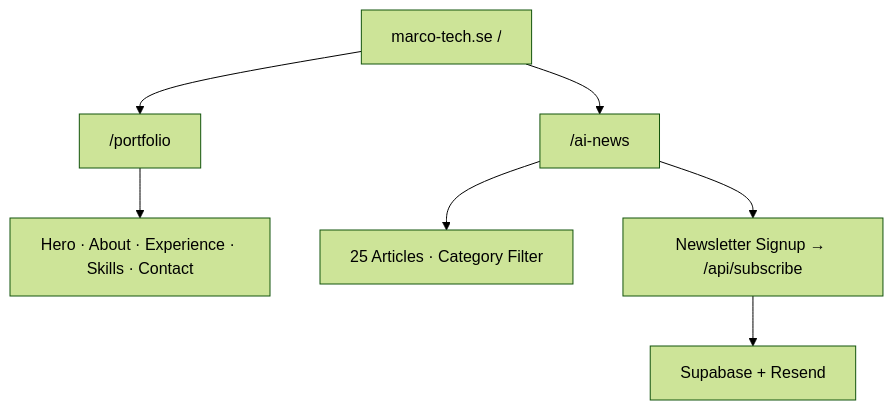
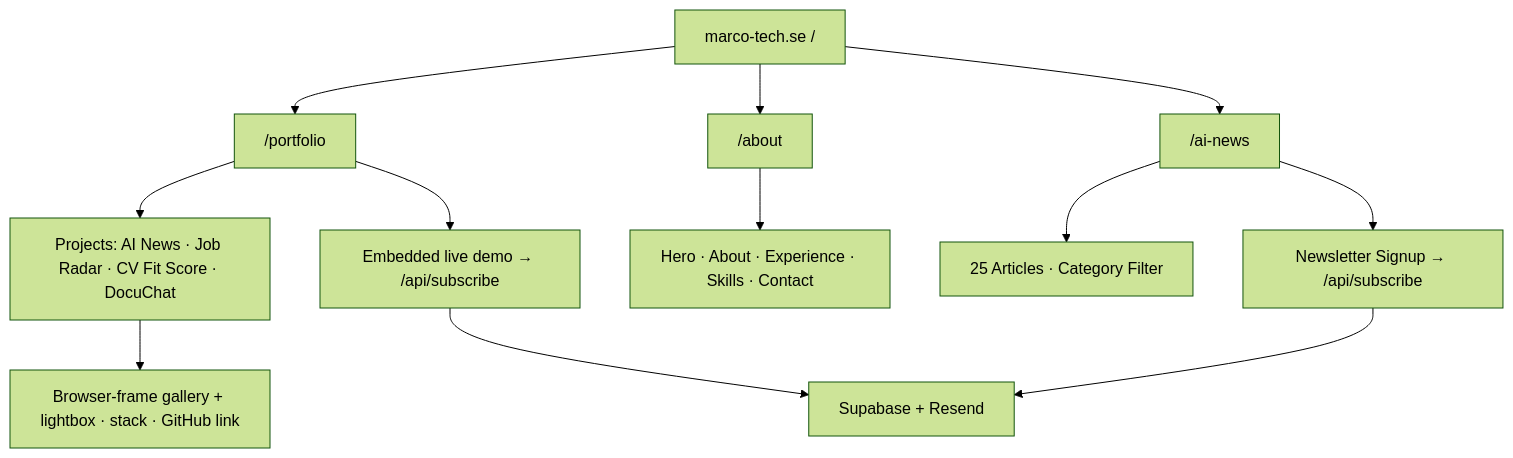
Before and after one commit to Marco-Lundh/marcolundh: the first of 3 diagrams in README.md, drawn with Mermaid (forest theme). The commit also changed other lines of this file and 30 other files, not shown here.

First line of the commit message:
feat: restructure into Portfolio (projects) and About/CV

````diff
--- a/README.md
+++ b/README.md
@@ -36,9 +37,14 @@
 ```mermaid
 graph TD
     A["marco-tech.se /"] --> B["/portfolio"]
+    A --> AB["/about"]
     A --> C["/ai-news"]
-    B --> D["Hero · About · Experience · Skills · Contact"]
+    B --> P["Projects: AI News · Job Radar · CV Fit Score · DocuChat"]
+    P --> PD["Browser-frame gallery + lightbox · stack · GitHub link"]
+    B --> F1["Embedded live demo → /api/subscribe"]
+    AB --> D["Hero · About · Experience · Skills · Contact"]
     C --> E["25 Articles · Category Filter"]
-    C --> F["Newsletter Signup → /api/subscribe"]
-    F --> G["Supabase + Resend"]
+    C --> F2["Newsletter Signup → /api/subscribe"]
+    F1 --> G["Supabase + Resend"]
+    F2 --> G
 ```
````
